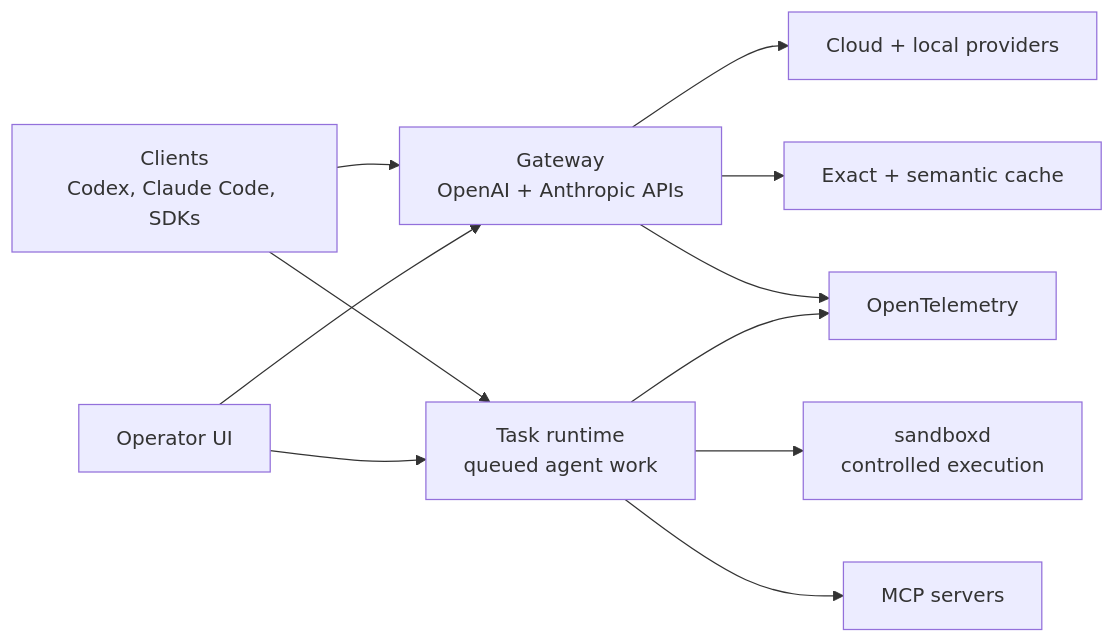
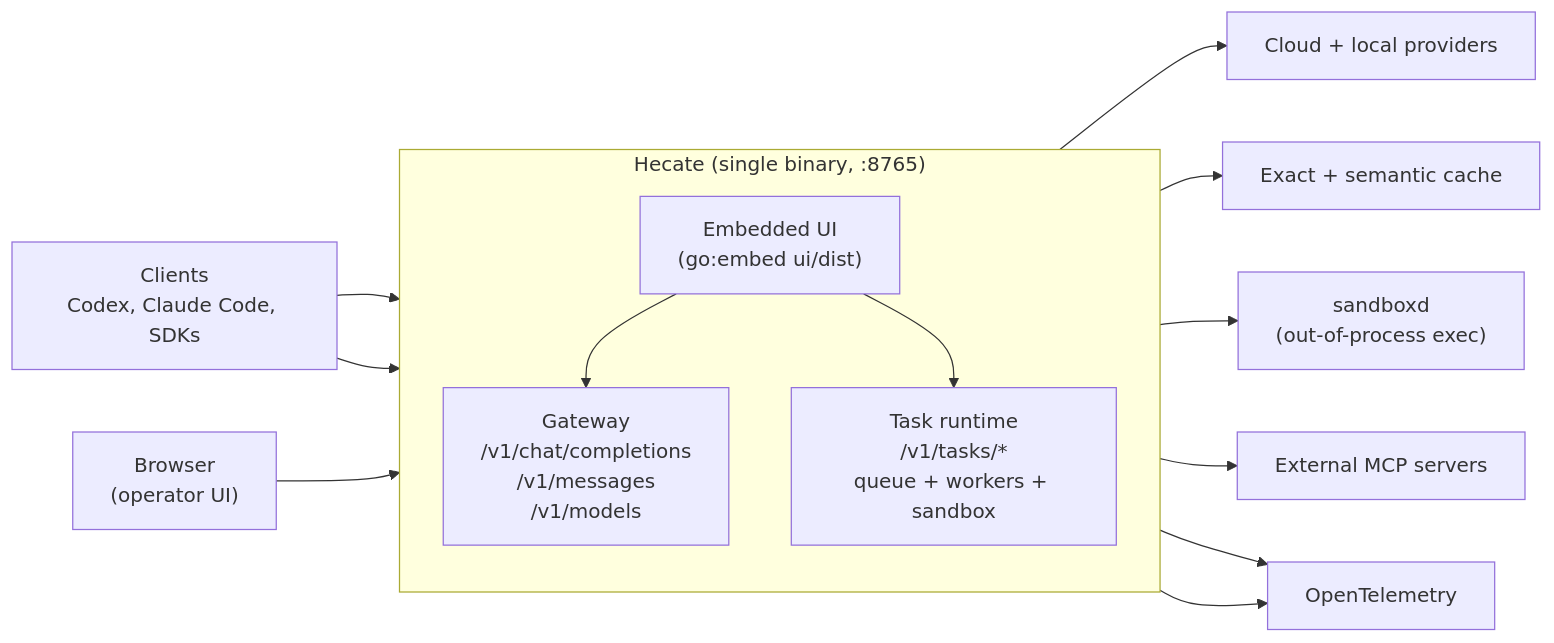
The diagram in README.md (hecatehq/hecate), drawn with Mermaid before and after one commit. The commit also changed other lines of this file and 4 other files, not shown here.

````diff
--- a/README.md
+++ b/README.md
@@ -121,13 +129,25 @@
 ```mermaid
 flowchart LR
-    Clients["Clients<br/>Codex, Claude Code, SDKs"] --> Gateway["Gateway<br/>OpenAI + Anthropic APIs"]
-    Clients --> Runtime["Task runtime<br/>queued agent work"]
+    Clients["Clients<br/>Codex, Claude Code, SDKs"]
+    Browser["Browser<br/>(operator UI)"]
+
+    subgraph Hecate["Hecate (single binary, :8765)"]
+        direction TB
+        Gateway["Gateway<br/>/v1/chat/completions<br/>/v1/messages<br/>/v1/models"]
+        Runtime["Task runtime<br/>/v1/tasks/*<br/>queue + workers + sandbox"]
+        UI["Embedded UI<br/>(go:embed ui/dist)"]
+    end
+
+    Clients --> Gateway
+    Clients --> Runtime
+    Browser --> UI
+    UI --> Gateway
+    UI --> Runtime
+
     Gateway --> Providers["Cloud + local providers"]
     Gateway --> Cache["Exact + semantic cache"]
-    Runtime --> Sandbox["sandboxd<br/>controlled execution"]
-    Runtime --> MCP["MCP servers"]
+    Runtime --> Sandbox["sandboxd<br/>(out-of-process exec)"]
+    Runtime --> MCP["External MCP servers"]
     Gateway --> OTel["OpenTelemetry"]
     Runtime --> OTel
-    UI["Operator UI"] --> Gateway
-    UI --> Runtime
 ```
````
